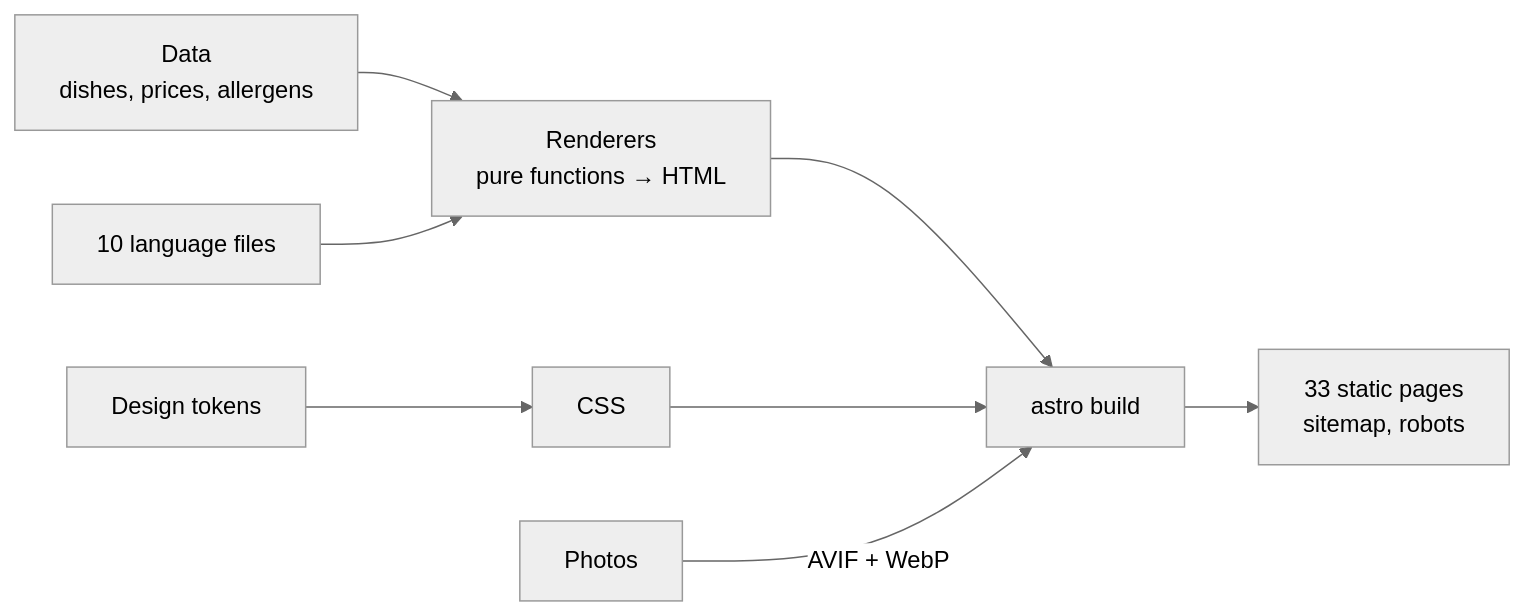
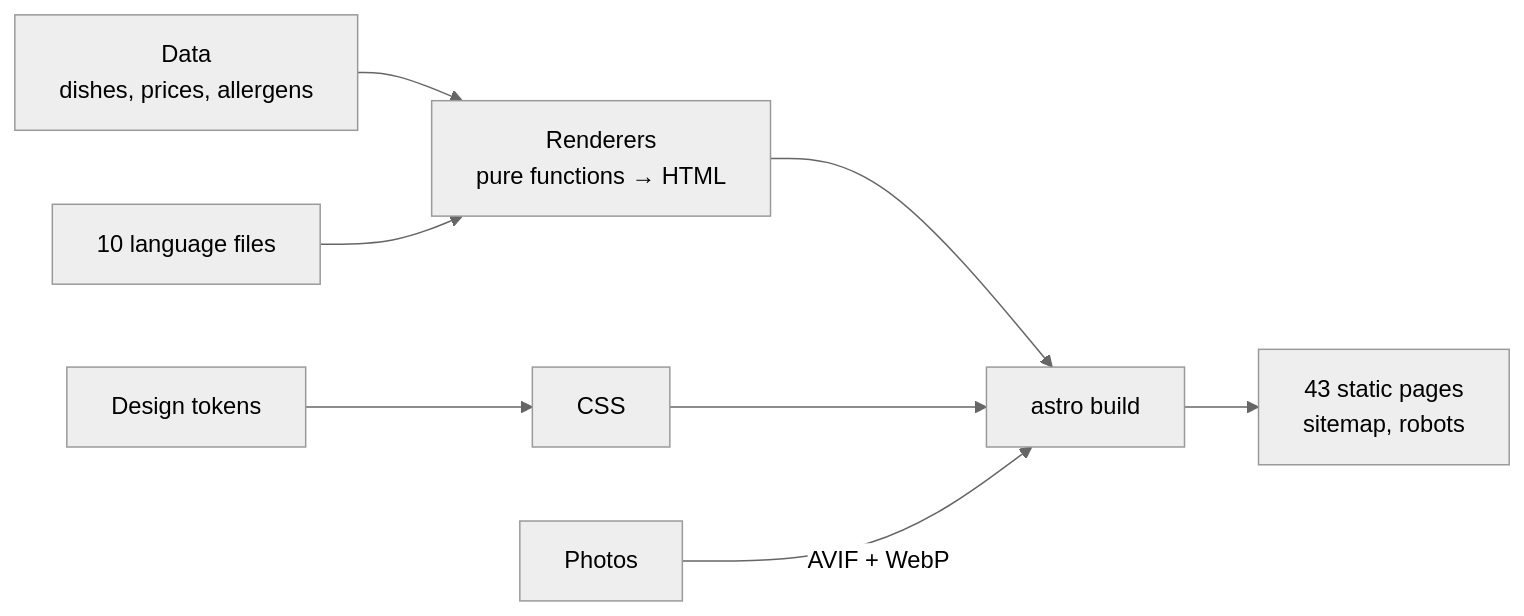
The diagram in README.md (babylonace/multilingual-restaurant-website), drawn with Mermaid (neutral theme) before and after one commit. The commit also changed other lines of this file and 74 other files, not shown here.

````diff
--- a/README.md
+++ b/README.md
@@ -85,10 +87,10 @@
 ```mermaid
 flowchart LR
   D["Data<br/>dishes, prices, allergens"] --> R["Renderers<br/>pure functions → HTML"]
   L["10 language files"] --> R
   T["Design tokens"] --> CSS["CSS"]
   R --> B["astro build"]
   CSS --> B
   P["Photos"] -->|AVIF + WebP| B
-  B --> S["33 static pages<br/>sitemap, robots"]
+  B --> S["43 static pages<br/>sitemap, robots"]
 ```
````
